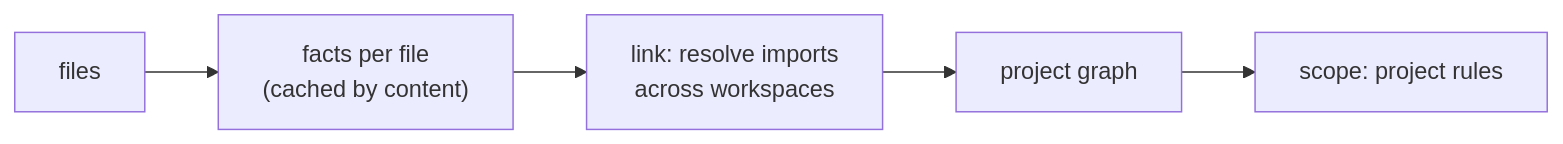
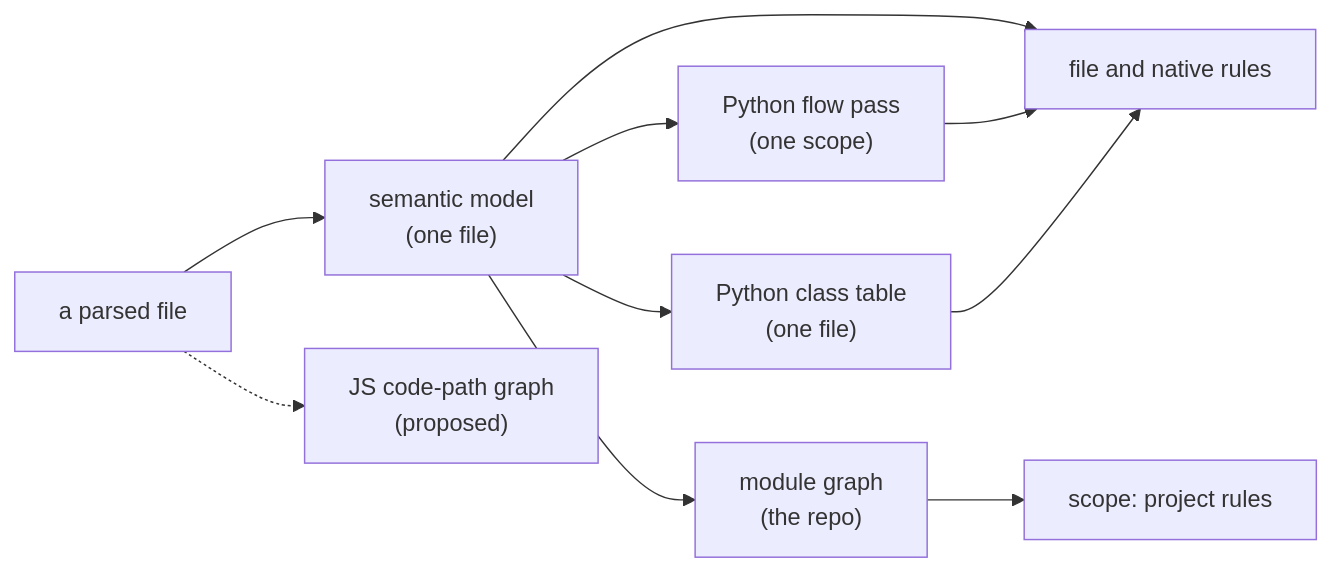
The diagram in records/0103_project-graph.md (actions-marketplace-validations/arpitarya_codelaw), drawn with Mermaid before and after one commit. The commit also changed other lines of this file and 82 other files, not shown here.

````diff
--- a/records/0103_project-graph.md
+++ b/records/0103_project-graph.md
@@ -62,7 +33,12 @@
 ```mermaid
 flowchart LR
-    F["files"] --> X["facts per file<br/>(cached by content)"]
-    X --> K["link: resolve imports<br/>across workspaces"]
-    K --> G["project graph"]
+    T["a parsed file"] --> M["semantic model<br/>(one file)"]
+    M --> F["Python flow pass<br/>(one scope)"]
+    M --> C["Python class table<br/>(one file)"]
+    M --> G["module graph<br/>(the repo)"]
+    T -.-> P["JS code-path graph<br/>(proposed)"]
     G --> R["scope: project rules"]
+    M --> N["file and native rules"]
+    F --> N
+    C --> N
 ```
````
